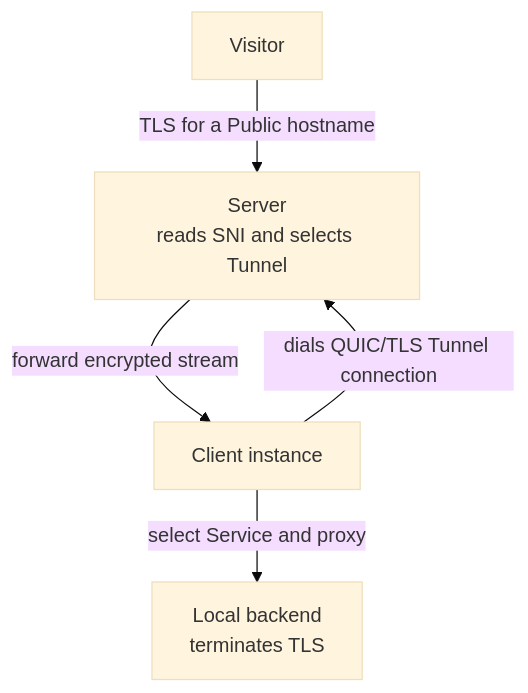
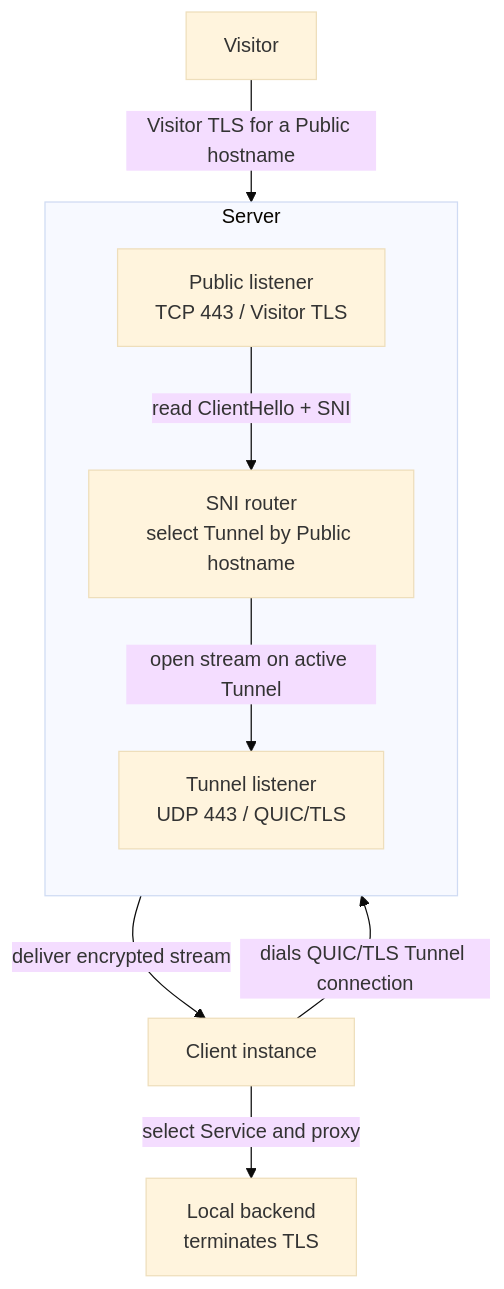
Before and after one commit to runewarp/runewarp: the diagram in README.md, drawn with Mermaid (base theme). The commit also changed other lines of this file and 3 other files, not shown here.

````diff
--- a/README.md
+++ b/README.md
@@ -47,12 +47,21 @@
 ```mermaid
 flowchart TD
     V[Visitor]
-    S["Server<br/>reads SNI and selects Tunnel"]
     C["Client instance"]
     B["Local backend<br/>terminates TLS"]
 
-    V -->|"TLS for a Public hostname"| S
-    C -->|"dials QUIC/TLS Tunnel connection"| S
-    S -->|"forward encrypted stream"| C
+    subgraph S["Server"]
+        direction TB
+        P["Public listener<br/>TCP 443 / Visitor TLS"]
+        R["SNI router<br/>select Tunnel by Public hostname"]
+        U["Tunnel listener<br/>UDP 443 / QUIC/TLS"]
+
+        P -->|"read ClientHello + SNI"| R
+        R -->|"open stream on active Tunnel"| U
+    end
+
+    V -->|"Visitor TLS for a Public hostname"| P
+    C -->|"dials QUIC/TLS Tunnel connection"| U
+    U -->|"deliver encrypted stream"| C
     C -->|"select Service and proxy"| B
 ```
````
